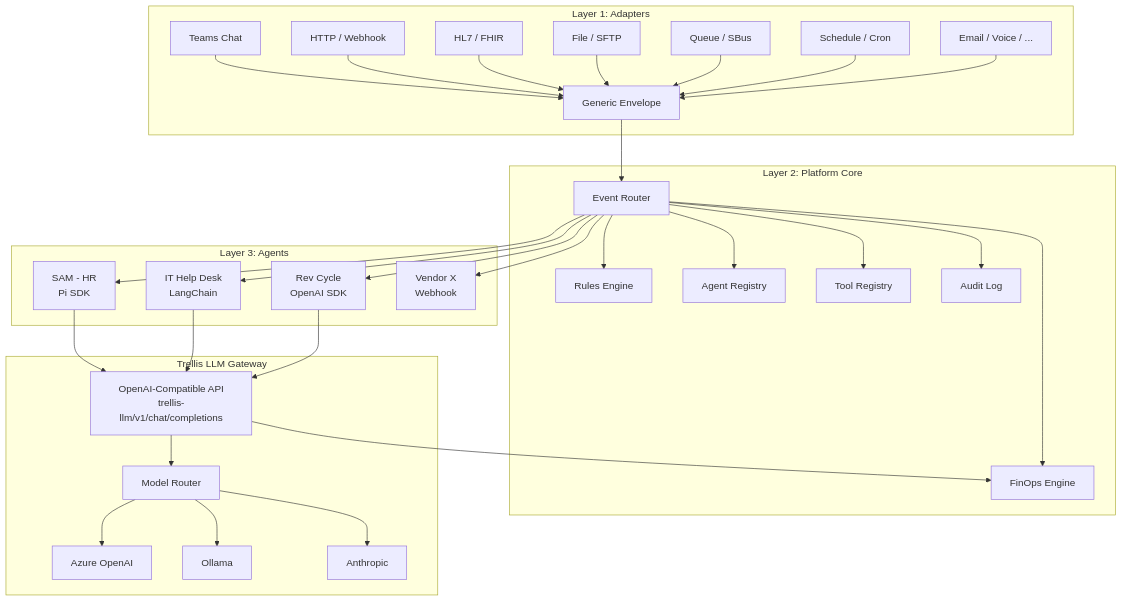
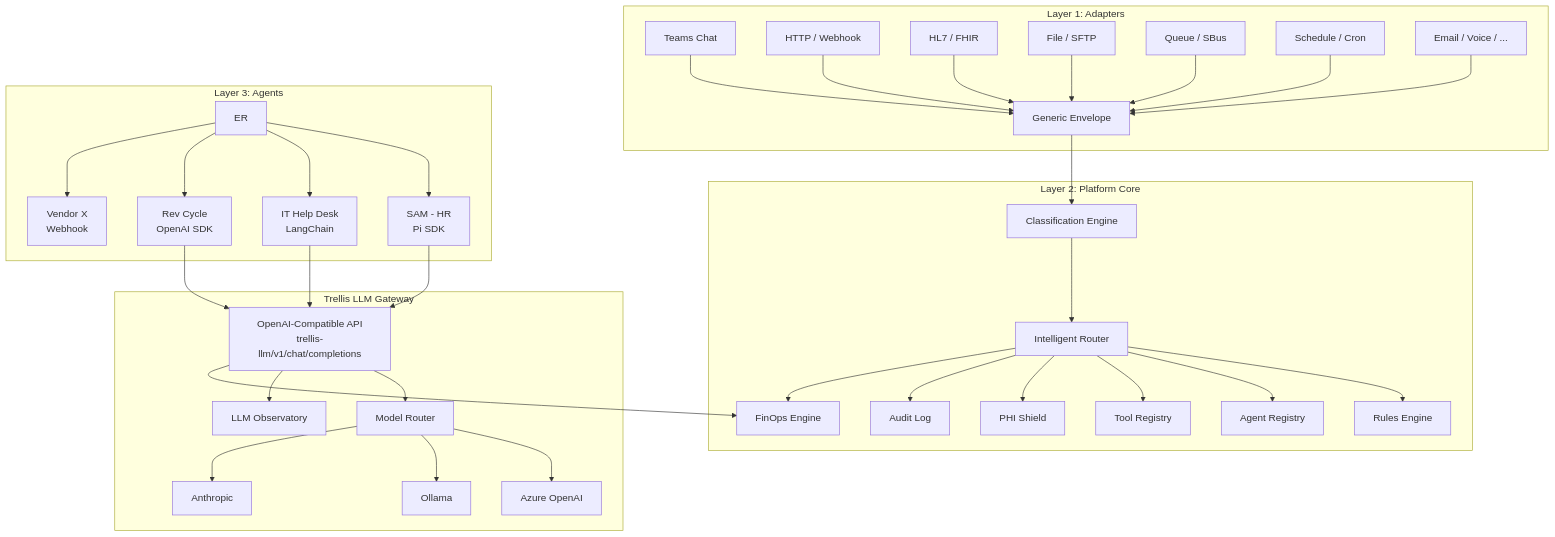
One commit to kraftwerkur/trellis changed the first of 5 diagrams in ARCHITECTURE.md. Above: the diagram before and after it, drawn with Mermaid. The commit also changed other lines of this file and 18 other files, not shown here.

First line of the commit message:
docs: comprehensive README, DEMO-GUIDE, and ARCHITECTURE update

````diff
--- a/ARCHITECTURE.md
+++ b/ARCHITECTURE.md
@@ -18,39 +18,42 @@
 ```mermaid
 graph TD
     subgraph "Layer 1: Adapters"
         A1[Teams Chat] --> ENV[Generic Envelope]
         A2[HTTP / Webhook] --> ENV
         A3[HL7 / FHIR] --> ENV
         A4[File / SFTP] --> ENV
         A5[Queue / SBus] --> ENV
         A6[Schedule / Cron] --> ENV
         A7[Email / Voice / ...] --> ENV
     end
 
     subgraph "Layer 2: Platform Core"
-        ENV --> ER[Event Router]
-        ER --> RE[Rules Engine]
-        ER --> AR[Agent Registry]
-        ER --> TR[Tool Registry]
-        ER --> AU[Audit Log]
-        ER --> FE[FinOps Engine]
+        ENV --> CL[Classification Engine]
+        CL --> IR[Intelligent Router]
+        IR --> RE[Rules Engine]
+        IR --> AR[Agent Registry]
+        IR --> TR[Tool Registry]
+        IR --> PS[PHI Shield]
+        IR --> AU[Audit Log]
+        IR --> FE[FinOps Engine]
     end
 
     subgraph "Layer 3: Agents"
         ER --> S[SAM - HR<br/>Pi SDK]
         ER --> I[IT Help Desk<br/>LangChain]
         ER --> R[Rev Cycle<br/>OpenAI SDK]
         ER --> V[Vendor X<br/>Webhook]
     end
 
     subgraph "Trellis LLM Gateway"
         S --> GW[OpenAI-Compatible API<br/>trellis-llm/v1/chat/completions]
         I --> GW
         R --> GW
         GW --> MR[Model Router]
         MR --> LLM1[Azure OpenAI]
         MR --> LLM2[Ollama]
         MR --> LLM3[Anthropic]
+        GW --> OB[LLM Observatory]
         GW --> FE
     end
 ```
````
